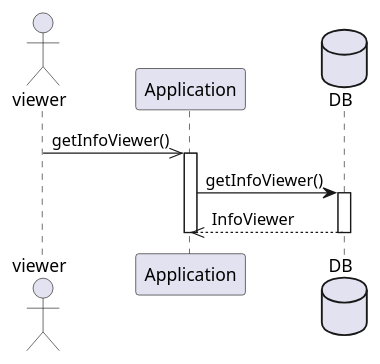
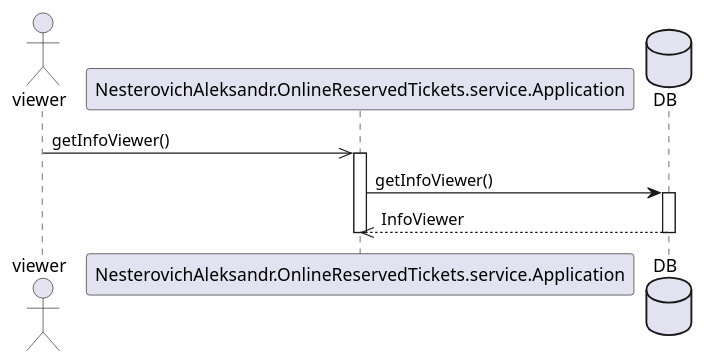
Before and after one commit to chivo-retsen/OnlineReservedTickets: the diagram in src/main/resources/UML/view personal information.puml, drawn with PlantUML. The commit also changed 31 other files, not shown here.

```diff
--- a/src/main/resources/UML/view personal information.puml
+++ b/src/main/resources/UML/view personal information.puml
@@ -1,18 +1,18 @@
 @startuml
 
 actor viewer
 
-viewer ->> Application : getInfoViewer()
+viewer ->> NesterovichAleksandr.OnlineReservedTickets.service.Application : getInfoViewer()
 
-activate Application
+activate NesterovichAleksandr.OnlineReservedTickets.service.Application
 
 database DB
 
-Application -> DB : getInfoViewer()
+NesterovichAleksandr.OnlineReservedTickets.service.Application -> DB : getInfoViewer()
 activate DB
-Application <<-- DB : InfoViewer
+NesterovichAleksandr.OnlineReservedTickets.service.Application <<-- DB : InfoViewer
 deactivate DB
 
-deactivate Application
+deactivate NesterovichAleksandr.OnlineReservedTickets.service.Application
 
 @enduml
```
